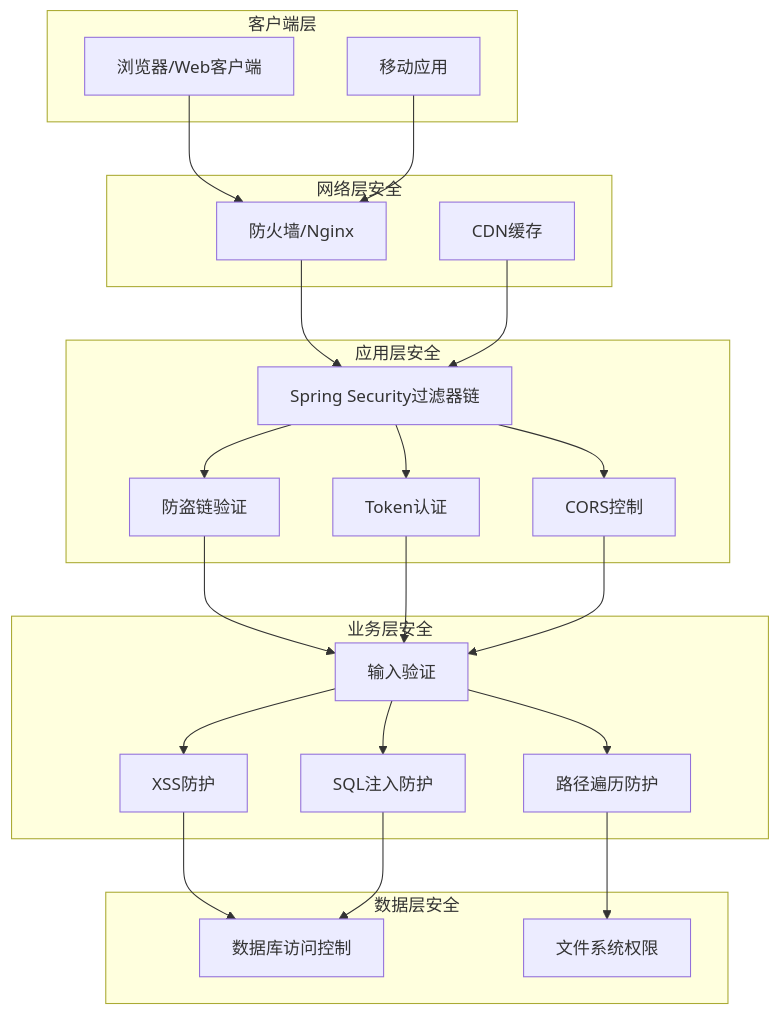
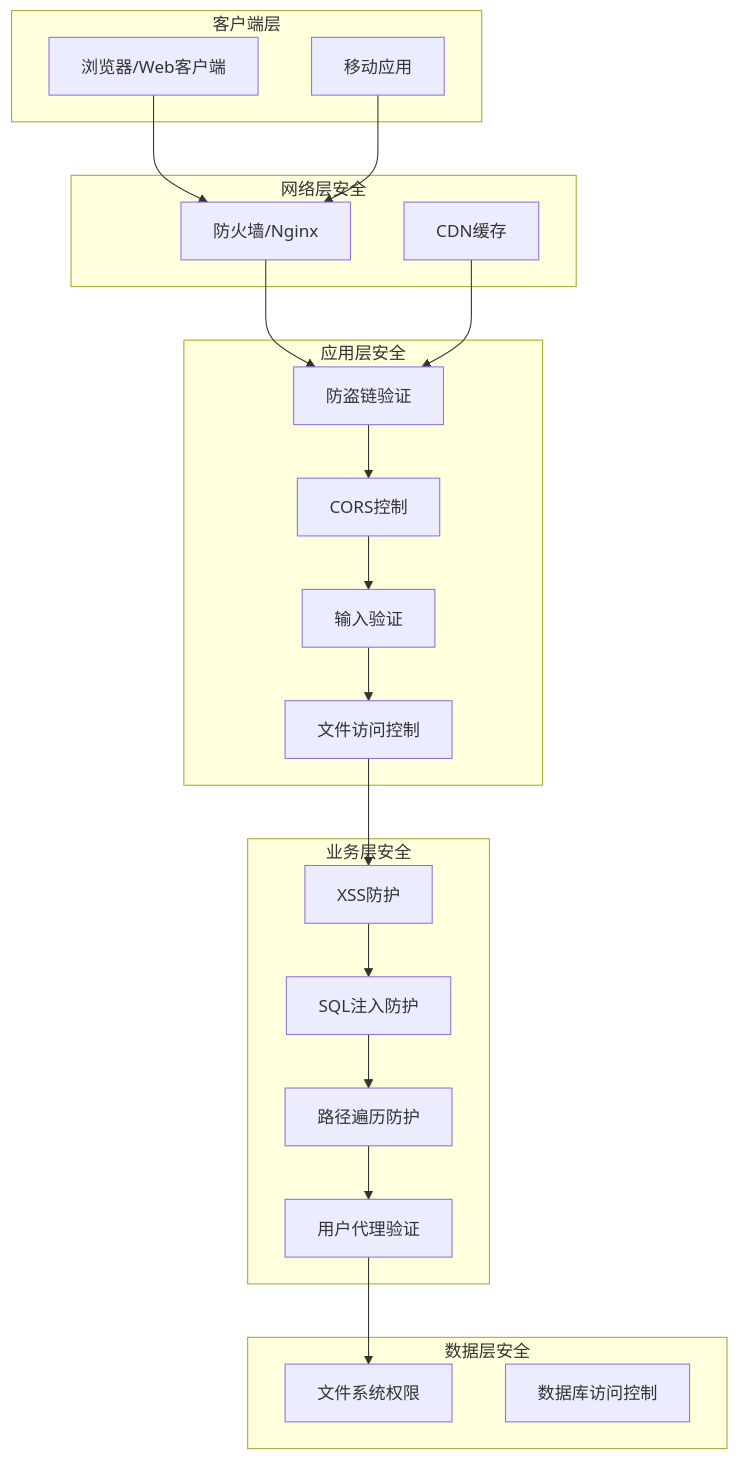
The second of 10 diagrams in .qoder/repowiki/zh/content/配置指南/安全配置.md (QoderZcy/zcyTest2), drawn with Mermaid before and after one commit. The commit also changed other lines of this file and 10 other files, not shown here.

````diff
--- a/.qoder/repowiki/zh/content/配置指南/安全配置.md
+++ b/.qoder/repowiki/zh/content/配置指南/安全配置.md
@@ -87,43 +99,39 @@
 ```mermaid
 graph TD
 subgraph "客户端层"
 A[浏览器/Web客户端]
 B[移动应用]
 end
 subgraph "网络层安全"
 C[防火墙/Nginx]
 D[CDN缓存]
 end
 subgraph "应用层安全"
-E[Spring Security过滤器链]
-F[防盗链验证]
-G[Token认证]
-H[CORS控制]
+E[防盗链验证]
+F[CORS控制]
+G[输入验证]
+H[文件访问控制]
 end
 subgraph "业务层安全"
-I[输入验证]
-J[XSS防护]
-K[SQL注入防护]
-L[路径遍历防护]
+I[XSS防护]
+J[SQL注入防护]
+K[路径遍历防护]
+L[用户代理验证]
 end
 subgraph "数据层安全"
-M[数据库访问控制]
-N[文件系统权限]
+M[文件系统权限]
+N[数据库访问控制]
 end
 A --> C
 B --> C
 C --> E
 D --> E
 E --> F
-E --> G
-E --> H
-F --> I
-G --> I
+F --> G
+G --> H
 H --> I
 I --> J
-I --> K
-I --> L
-J --> M
-K --> M
-L --> N
+J --> K
+K --> L
+L --> M
 ```
````
